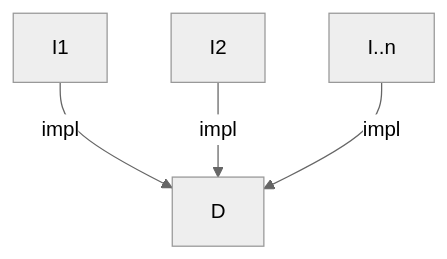
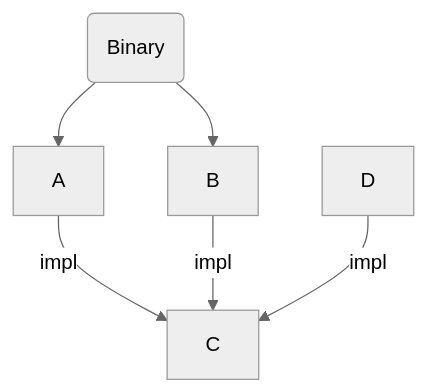
One commit to rust-lang/rfcs changed the third of 12 diagrams in text/0000-extern-impl.md. Above: the diagram before and after it, drawn with Mermaid (neutral theme). The commit also changed other lines of this file, not shown here.

````diff
--- a/text/0000-extern-impl.md
+++ b/text/0000-extern-impl.md
@@ -101,6 +156,6 @@
 ```mermaid
-graph TD
-I1 -->|impl| D
-I2 -->|impl| D
-In["I..n"] -->|impl| D
-```
+graph TB
+ Bin(Binary) --> A & B
+ A & B -->|impl| C
+ D -->|impl| C
+ ```
````
